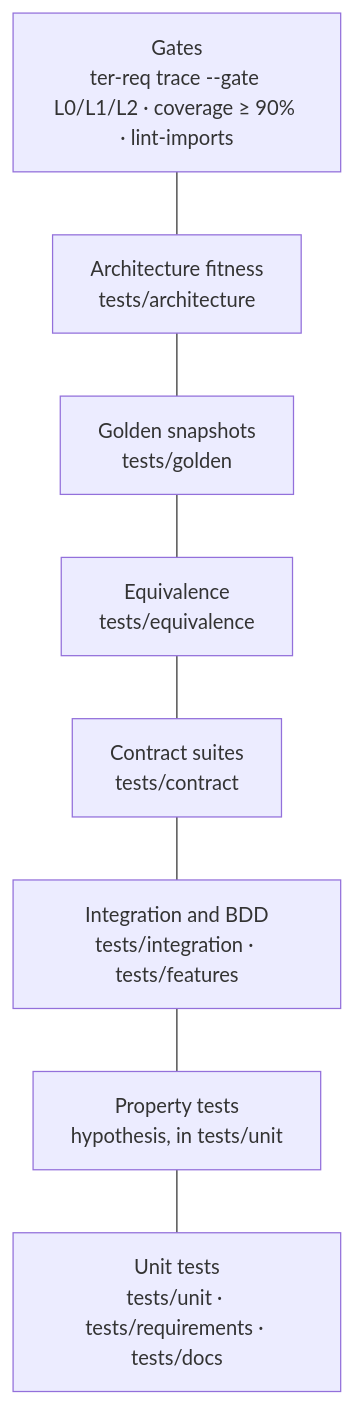
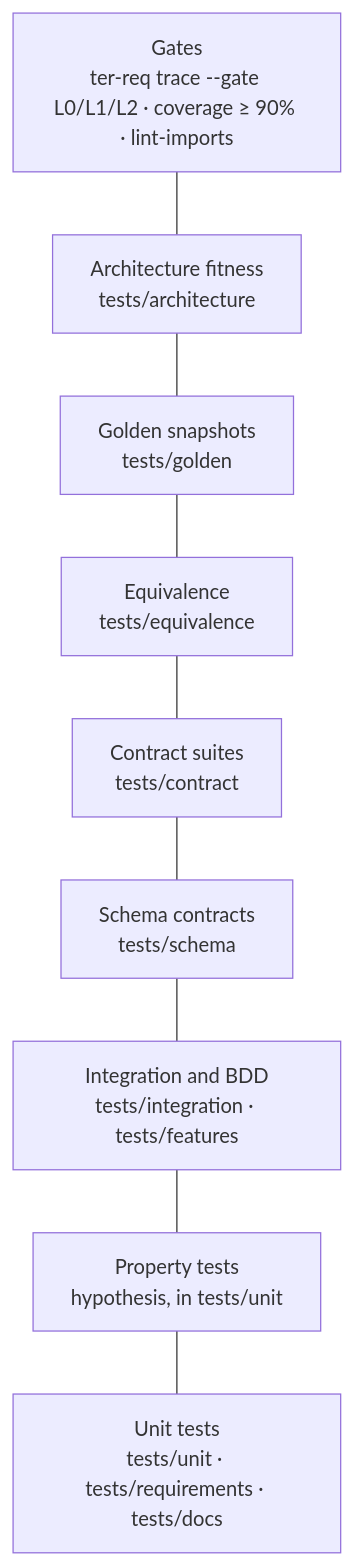
One commit to cplegendre/TER changed the diagram in docs/guides/testing.md. Above: the diagram before and after it, drawn with Mermaid. The commit also changed other lines of this file and 20 other files, not shown here.

First line of the commit message:
JSON Schema contracts for TER's persisted formats (P202)

````diff
--- a/docs/guides/testing.md
+++ b/docs/guides/testing.md
@@ -11,12 +11,13 @@
 ```mermaid
 flowchart TB
     G["Gates<br/>ter-req trace --gate L0/L1/L2 · coverage ≥ 90% · lint-imports"]
     A["Architecture fitness<br/>tests/architecture"]
     GO["Golden snapshots<br/>tests/golden"]
     EQ["Equivalence<br/>tests/equivalence"]
     C["Contract suites<br/>tests/contract"]
+    S["Schema contracts<br/>tests/schema"]
     I["Integration and BDD<br/>tests/integration · tests/features"]
     P["Property tests<br/>hypothesis, in tests/unit"]
     U["Unit tests<br/>tests/unit · tests/requirements · tests/docs"]
-    G --- A --- GO --- EQ --- C --- I --- P --- U
+    G --- A --- GO --- EQ --- C --- S --- I --- P --- U
 ```
````
